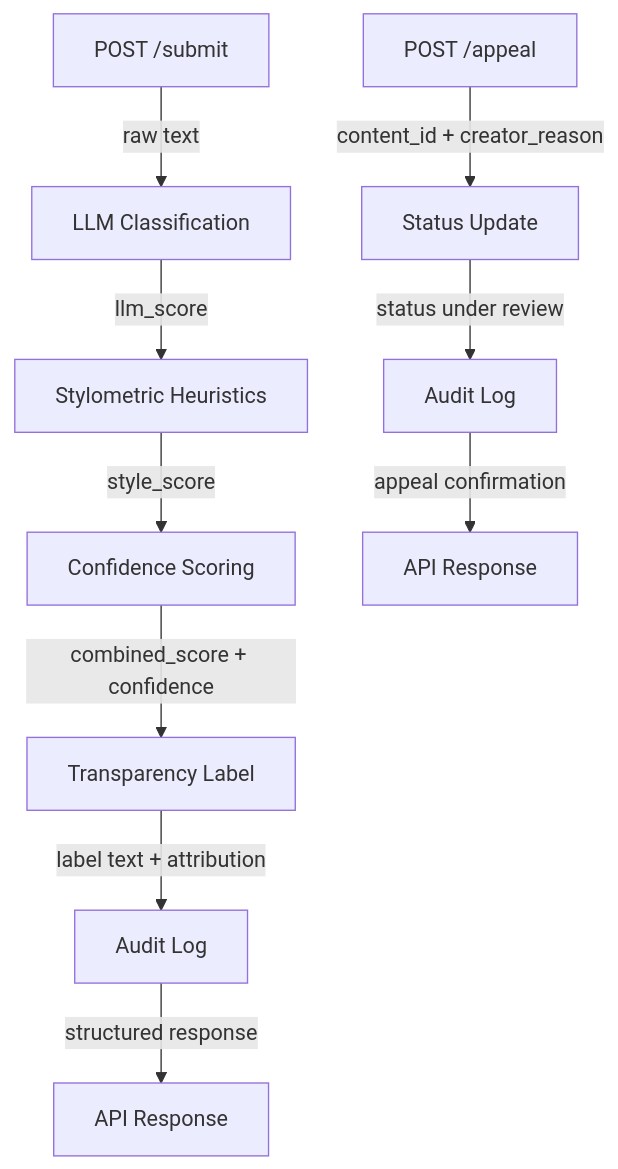
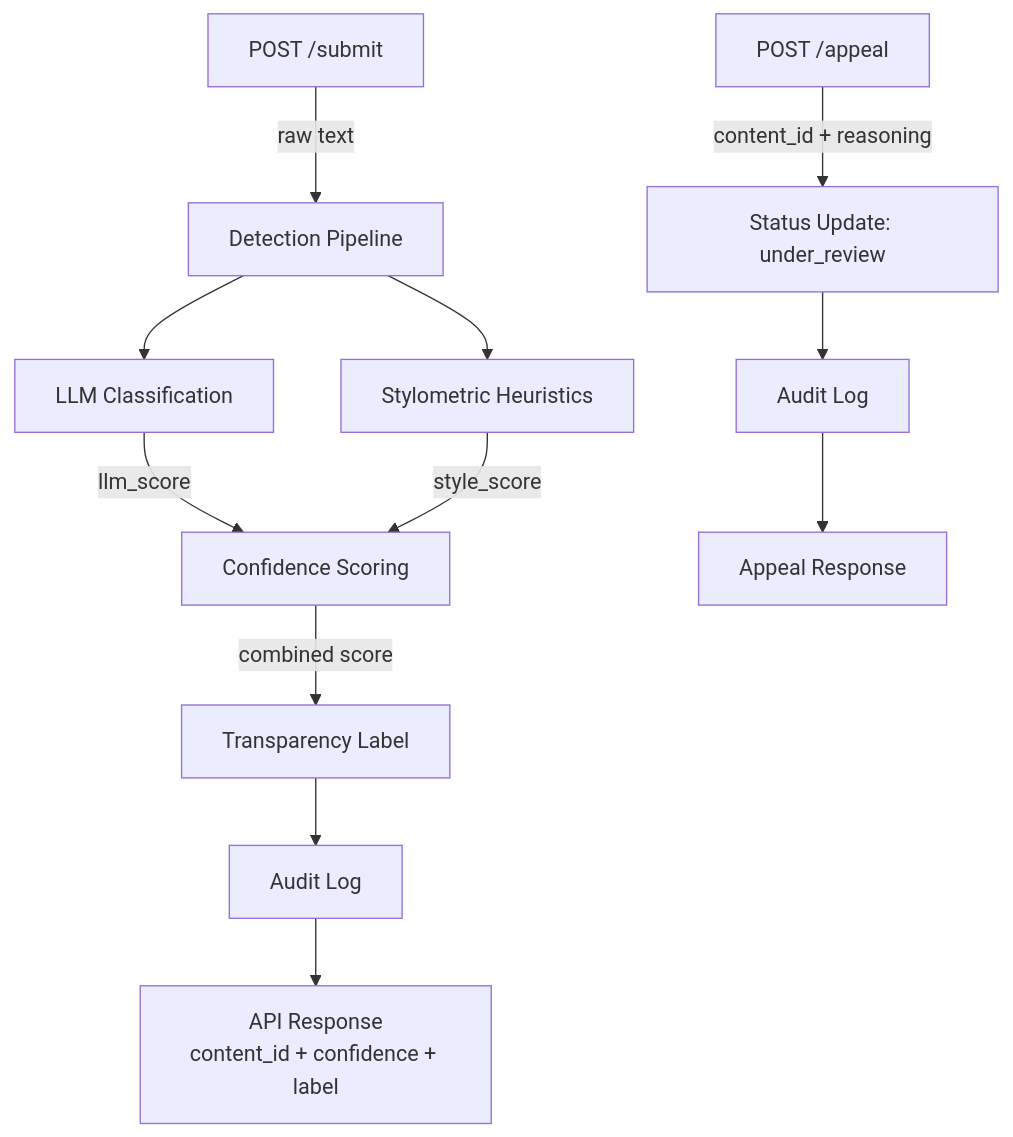
One commit to a-maryam/ai201-provenance-guard-proj-4 changed the diagram in planning.md. Above: the diagram before and after it, drawn with Mermaid. The commit also changed other lines of this file, not shown here.

````diff
--- a/planning.md
+++ b/planning.md
@@ -5,13 +5,22 @@
 ```mermaid
 flowchart TD
-    A[POST /submit] -->|raw text| B[LLM Classification]
-    B -->|llm_score| C[Stylometric Heuristics]
-    C -->|style_score| D[Confidence Scoring]
-    D -->|combined_score + confidence| E[Transparency Label]
-    E -->|label text + attribution| F[Audit Log]
-    F -->|structured response| G[API Response]
 
-    H[POST /appeal] -->|content_id + creator_reason| I[Status Update]
-    I -->|status under review| J[Audit Log]
-    J -->|appeal confirmation| K[API Response]
+A[POST /submit] -->|raw text| B[Detection Pipeline]
+
+B --> C1[LLM Classification]
+B --> C2[Stylometric Heuristics]
+
+C1 -->|llm_score| D[Confidence Scoring]
+C2 -->|style_score| D
+
+D -->|combined score| E[Transparency Label]
+
+E --> F[Audit Log]
+
+F --> G[API Response<br/>content_id + confidence + label]
+
+%% Appeals Flow
+H[POST /appeal] -->|content_id + reasoning| I[Status Update: under_review]
+I --> J[Audit Log]
+J --> K[Appeal Response]
 ```
````
